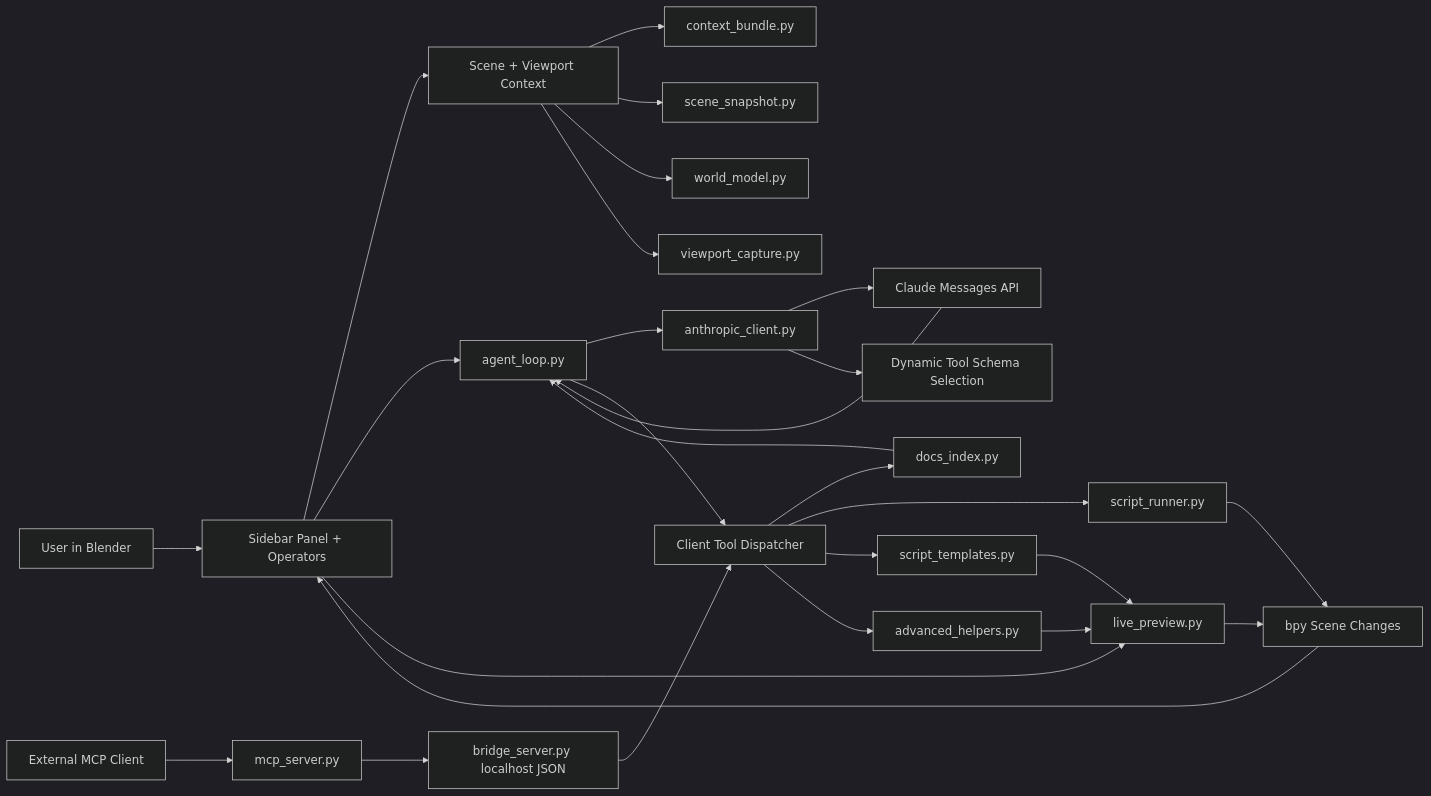
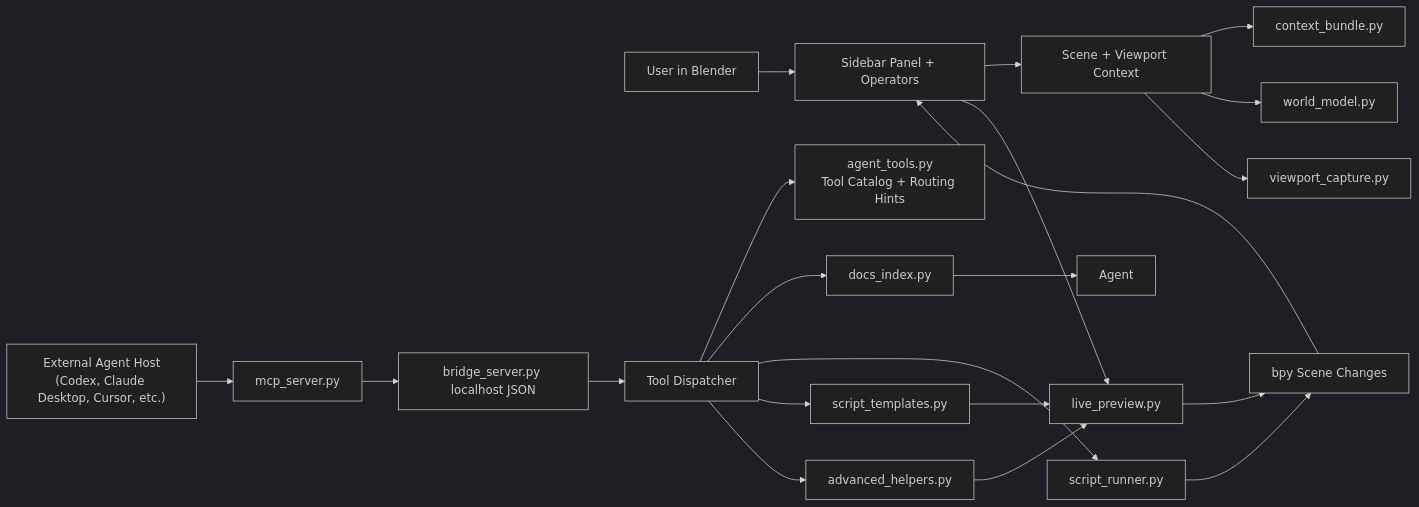
One commit to CallMeJones/blender-claude-plugin changed the diagram in docs/ARCHITECTURE.md. Above: the diagram before and after it, drawn with Mermaid (dark theme). The commit also changed other lines of this file and 33 other files, not shown here.

Commit message:
Refocus add-on as external agent bridge

````diff
--- a/docs/ARCHITECTURE.md
+++ b/docs/ARCHITECTURE.md
@@ -5,29 +5,23 @@
 ```mermaid
 flowchart LR
   User["User in Blender"] --> UI["Sidebar Panel + Operators"]
-  MCPClient["External MCP Client"] --> MCP["mcp_server.py"]
+  AgentHost["External Agent Host\n(Codex, Claude Desktop, Cursor, etc.)"] --> MCP["mcp_server.py"]
   MCP --> Bridge["bridge_server.py localhost JSON"]
   Bridge --> Tools
   UI --> Context["Scene + Viewport Context"]
   Context --> Bundle["context_bundle.py"]
-  Context --> SceneDigest["scene_snapshot.py"]
   Context --> WorldModel["world_model.py"]
   Context --> Screenshot["viewport_capture.py"]
-  UI --> Agent["agent_loop.py"]
   UI --> Preview["live_preview.py"]
-Agent --> Client["anthropic_client.py"]
-Client --> Claude["Claude Messages API"]
-Claude --> Agent
-Agent --> Tools["Client Tool Dispatcher"]
-Client --> ToolSelect["Dynamic Tool Schema Selection"]
-Tools --> Docs["docs_index.py"]
+  Tools["Tool Dispatcher"] --> ToolSelect["agent_tools.py\nTool Catalog + Routing Hints"]
+  Tools --> Docs["docs_index.py"]
   Tools --> Runner["script_runner.py"]
   Tools --> Helpers["script_templates.py"]
   Tools --> Advanced["advanced_helpers.py"]
   Helpers --> Preview
   Advanced --> Preview
   Preview --> Blender
   Runner --> Blender["bpy Scene Changes"]
   Docs --> Agent
   Blender --> UI
 ```
````
